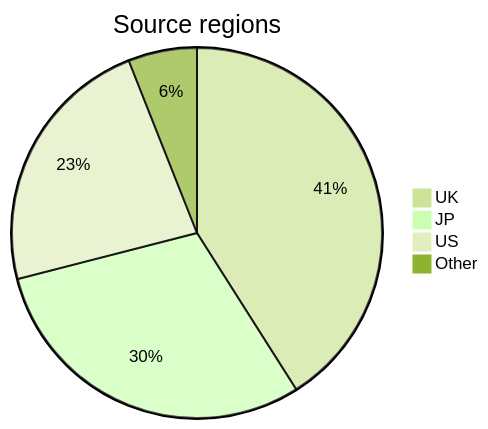
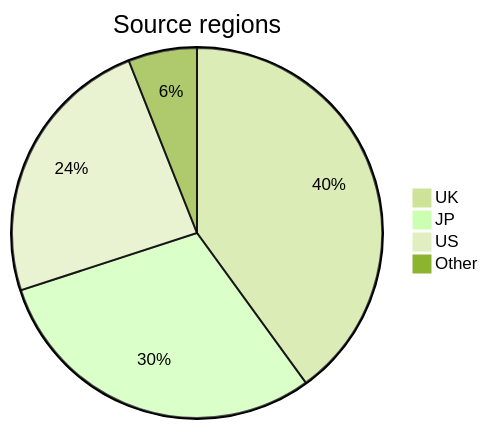
Before and after one commit to ace-dent/gbc-hw: the diagram in gbc-census/docs/notes.md, drawn with Mermaid (forest theme). The commit also changed other lines of this file and 4 other files, not shown here.

````diff
--- a/gbc-census/docs/notes.md
+++ b/gbc-census/docs/notes.md
@@ -43,7 +45,7 @@
 ```mermaid
 pie title Source regions
-    "UK" : 41
+    "UK" : 40
     "JP" : 30
-    "US" : 23
+    "US" : 24
     "Other" : 6
 ```
````
